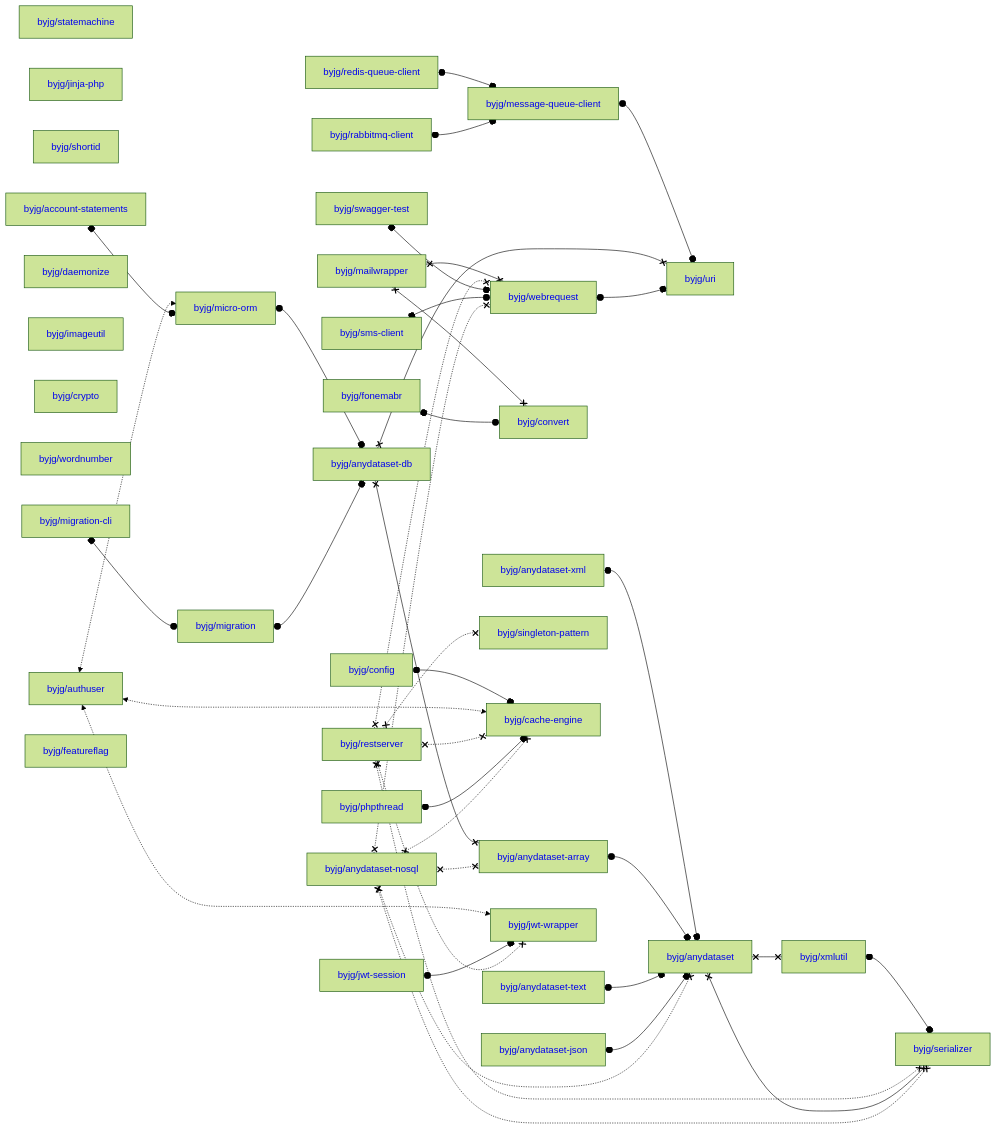
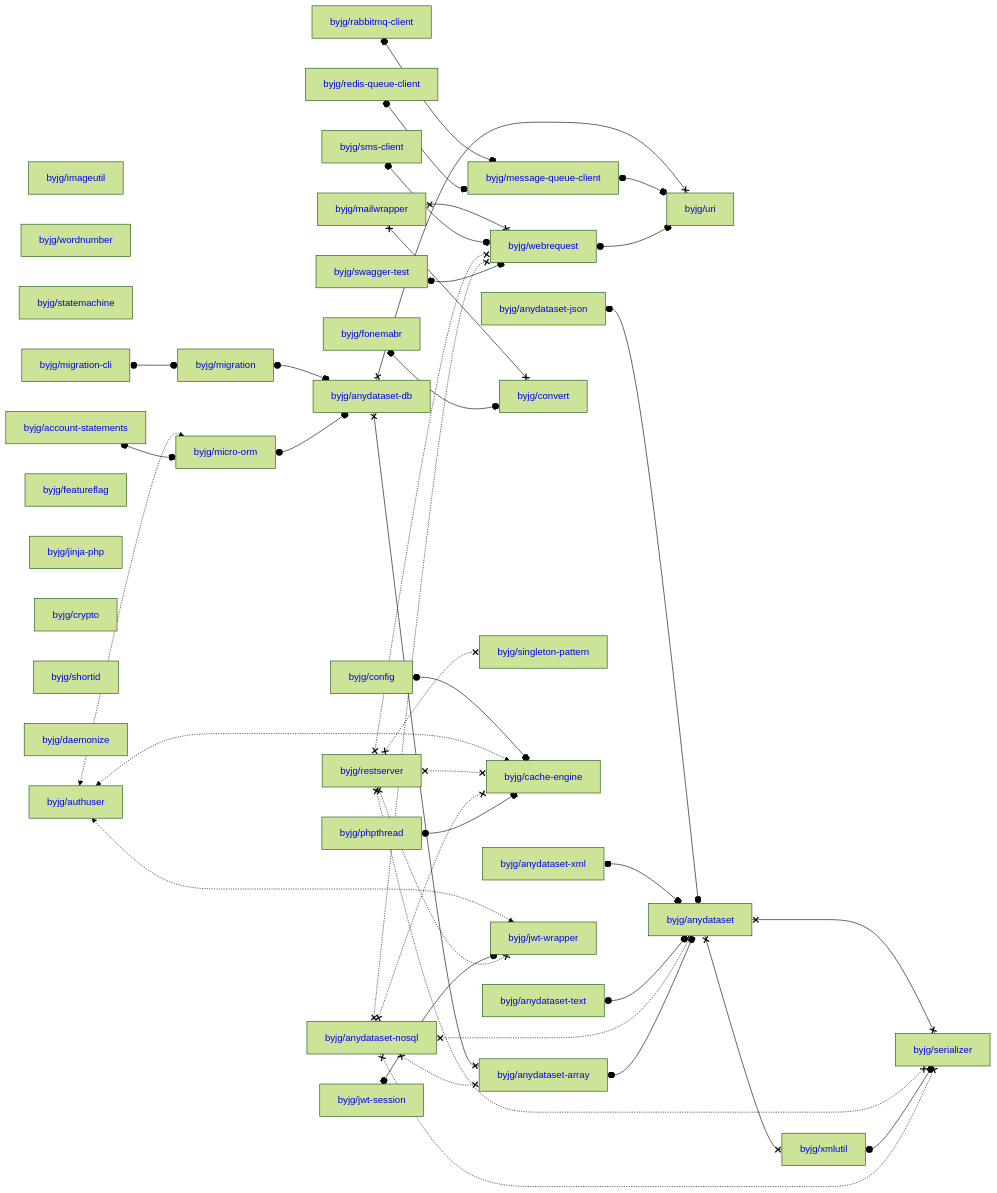
One commit to byjg/byjg.github.io changed the diagram in docs/php/README.md. Above: the diagram before and after it, drawn with Mermaid (forest theme). The commit also changed other lines of this file, not shown here.

Commit message:
Update documentation 'php' 'php-migration'

````diff
--- a/docs/php/README.md
+++ b/docs/php/README.md
@@ -3,80 +3,80 @@
 ```mermaid
 graph LR;
+  byjg/redis-queue-client[<a href='https://opensource.byjg.com/docs/php/redis-queue-client' style='text-decoration:none'>byjg/redis-queue-client</a>];
+  byjg/anydataset-text[<a href='https://opensource.byjg.com/docs/php/anydataset-text' style='text-decoration:none'>byjg/anydataset-text</a>];
+  byjg/imageutil[<a href='https://opensource.byjg.com/docs/php/imageutil' style='text-decoration:none'>byjg/imageutil</a>];
+  byjg/wordnumber[<a href='https://opensource.byjg.com/docs/php/wordnumber' style='text-decoration:none'>byjg/wordnumber</a>];
+  byjg/phpthread[<a href='https://opensource.byjg.com/docs/php/phpthread' style='text-decoration:none'>byjg/phpthread</a>];
+  byjg/anydataset-xml[<a href='https://opensource.byjg.com/docs/php/anydataset-xml' style='text-decoration:none'>byjg/anydataset-xml</a>];
+  byjg/rabbitmq-client[<a href='https://opensource.byjg.com/docs/php/rabbitmq-client' style='text-decoration:none'>byjg/rabbitmq-client</a>];
   byjg/statemachine[<a href='https://opensource.byjg.com/docs/php/statemachine' style='text-decoration:none'>byjg/statemachine</a>];
+  byjg/account-statements[<a href='https://opensource.byjg.com/docs/php/account-statements' style='text-decoration:none'>byjg/account-statements</a>];
+  byjg/fonemabr[<a href='https://opensource.byjg.com/docs/php/fonemabr' style='text-decoration:none'>byjg/fonemabr</a>];
+  byjg/authuser[<a href='https://opensource.byjg.com/docs/php/authuser' style='text-decoration:none'>byjg/authuser</a>];
+  byjg/featureflag[<a href='https://opensource.byjg.com/docs/php/featureflag' style='text-decoration:none'>byjg/featureflag</a>];
+  byjg/anydataset-json[<a href='https://opensource.byjg.com/docs/php/anydataset-json' style='text-decoration:none'>byjg/anydataset-json</a>];
+  byjg/swagger-test[<a href='https://opensource.byjg.com/docs/php/swagger-test' style='text-decoration:none'>byjg/swagger-test</a>];
   byjg/jinja-php[<a href='https://opensource.byjg.com/docs/php/jinja-php' style='text-decoration:none'>byjg/jinja-php</a>];
-  byjg/fonemabr[<a href='https://opensource.byjg.com/docs/php/fonemabr' style='text-decoration:none'>byjg/fonemabr</a>];
+  byjg/sms-client[<a href='https://opensource.byjg.com/docs/php/sms-client' style='text-decoration:none'>byjg/sms-client</a>];
+  byjg/crypto[<a href='https://opensource.byjg.com/docs/php/crypto' style='text-decoration:none'>byjg/crypto</a>];
   byjg/shortid[<a href='https://opensource.byjg.com/docs/php/shortid' style='text-decoration:none'>byjg/shortid</a>];
-  byjg/authuser[<a href='https://opensource.byjg.com/docs/php/authuser' style='text-decoration:none'>byjg/authuser</a>];
-  byjg/rabbitmq-client[<a href='https://opensource.byjg.com/docs/php/rabbitmq-client' style='text-decoration:none'>byjg/rabbitmq-client</a>];
-  byjg/anydataset-json[<a href='https://opensource.byjg.com/docs/php/anydataset-json' style='text-decoration:none'>byjg/anydataset-json</a>];
-  byjg/anydataset-xml[<a href='https://opensource.byjg.com/docs/php/anydataset-xml' style='text-decoration:none'>byjg/anydataset-xml</a>];
-  byjg/swagger-test[<a href='https://opensource.byjg.com/docs/php/swagger-test' style='text-decoration:none'>byjg/swagger-test</a>];
   byjg/anydataset-nosql[<a href='https://opensource.byjg.com/docs/php/anydataset-nosql' style='text-decoration:none'>byjg/anydataset-nosql</a>];
   byjg/daemonize[<a href='https://opensource.byjg.com/docs/php/daemonize' style='text-decoration:none'>byjg/daemonize</a>];
-  byjg/sms-client[<a href='https://opensource.byjg.com/docs/php/sms-client' style='text-decoration:none'>byjg/sms-client</a>];
-  byjg/anydataset-text[<a href='https://opensource.byjg.com/docs/php/anydataset-text' style='text-decoration:none'>byjg/anydataset-text</a>];
-  byjg/imageutil[<a href='https://opensource.byjg.com/docs/php/imageutil' style='text-decoration:none'>byjg/imageutil</a>];
-  byjg/phpthread[<a href='https://opensource.byjg.com/docs/php/phpthread' style='text-decoration:none'>byjg/phpthread</a>];
+  byjg/config[<a href='https://opensource.byjg.com/docs/php/config' style='text-decoration:none'>byjg/config</a>];
   byjg/mailwrapper[<a href='https://opensource.byjg.com/docs/php/mailwrapper' style='text-decoration:none'>byjg/mailwrapper</a>];
-  byjg/config[<a href='https://opensource.byjg.com/docs/php/config' style='text-decoration:none'>byjg/config</a>];
-  byjg/crypto[<a href='https://opensource.byjg.com/docs/php/crypto' style='text-decoration:none'>byjg/crypto</a>];
-  byjg/wordnumber[<a href='https://opensource.byjg.com/docs/php/wordnumber' style='text-decoration:none'>byjg/wordnumber</a>];
   byjg/jwt-session[<a href='https://opensource.byjg.com/docs/php/jwt-session' style='text-decoration:none'>byjg/jwt-session</a>];
-  byjg/account-statements[<a href='https://opensource.byjg.com/docs/php/account-statements' style='text-decoration:none'>byjg/account-statements</a>];
   byjg/migration-cli[<a href='https://opensource.byjg.com/docs/php/migration-cli' style='text-decoration:none'>byjg/migration-cli</a>];
-  byjg/redis-queue-client[<a href='https://opensource.byjg.com/docs/php/redis-queue-client' style='text-decoration:none'>byjg/redis-queue-client</a>];
-  byjg/featureflag[<a href='https://opensource.byjg.com/docs/php/featureflag' style='text-decoration:none'>byjg/featureflag</a>];
   byjg/restserver[<a href='https://opensource.byjg.com/docs/php/restserver' style='text-decoration:none'>byjg/restserver</a>];
+  byjg/message-queue-client[<a href='https://opensource.byjg.com/docs/php/message-queue-client' style='text-decoration:none'>byjg/message-queue-client</a>];
+  byjg/micro-orm[<a href='https://opensource.byjg.com/docs/php/micro-orm' style='text-decoration:none'>byjg/micro-orm</a>];
   byjg/convert[<a href='https://opensource.byjg.com/docs/php/convert' style='text-decoration:none'>byjg/convert</a>];
-  byjg/micro-orm[<a href='https://opensource.byjg.com/docs/php/micro-orm' style='text-decoration:none'>byjg/micro-orm</a>];
   byjg/migration[<a href='https://opensource.byjg.com/docs/php/migration' style='text-decoration:none'>byjg/migration</a>];
-  byjg/message-queue-client[<a href='https://opensource.byjg.com/docs/php/message-queue-client' style='text-decoration:none'>byjg/message-queue-client</a>];
   byjg/singleton-pattern[<a href='https://opensource.byjg.com/docs/php/singleton-pattern' style='text-decoration:none'>byjg/singleton-pattern</a>];
   byjg/cache-engine[<a href='https://opensource.byjg.com/docs/php/cache-engine' style='text-decoration:none'>byjg/cache-engine</a>];
   byjg/webrequest[<a href='https://opensource.byjg.com/docs/php/webrequest' style='text-decoration:none'>byjg/webrequest</a>];
   byjg/jwt-wrapper[<a href='https://opensource.byjg.com/docs/php/jwt-wrapper' style='text-decoration:none'>byjg/jwt-wrapper</a>];
   byjg/anydataset-db[<a href='https://opensource.byjg.com/docs/php/anydataset-db' style='text-decoration:none'>byjg/anydataset-db</a>];
   byjg/anydataset-array[<a href='https://opensource.byjg.com/docs/php/anydataset-array' style='text-decoration:none'>byjg/anydataset-array</a>];
   byjg/uri[<a href='https://opensource.byjg.com/docs/php/uri' style='text-decoration:none'>byjg/uri</a>];
   byjg/anydataset[<a href='https://opensource.byjg.com/docs/php/anydataset' style='text-decoration:none'>byjg/anydataset</a>];
   byjg/xmlutil[<a href='https://opensource.byjg.com/docs/php/xmlutil' style='text-decoration:none'>byjg/xmlutil</a>];
   byjg/serializer[<a href='https://opensource.byjg.com/docs/php/serializer' style='text-decoration:none'>byjg/serializer</a>];
-  byjg/anydataset-xml o--o byjg/anydataset;
   byjg/config o--o byjg/cache-engine;
+  byjg/migration o--o byjg/anydataset-db;
+  byjg/rabbitmq-client o--o byjg/message-queue-client;
+  byjg/redis-queue-client o--o byjg/message-queue-client;
   byjg/authuser <-.-> byjg/micro-orm;
   byjg/authuser <-.-> byjg/cache-engine;
   byjg/authuser <-.-> byjg/jwt-wrapper;
-  byjg/jwt-session o--o byjg/jwt-wrapper;
-  byjg/redis-queue-client o--o byjg/message-queue-client;
-  byjg/xmlutil o--o byjg/serializer;
-  byjg/anydataset-array o--o byjg/anydataset;
-  byjg/anydataset-text o--o byjg/anydataset;
+  byjg/anydataset-db x--x byjg/anydataset-array;
+  byjg/anydataset-db x--x byjg/uri;
   byjg/mailwrapper x--x byjg/convert;
   byjg/mailwrapper x--x byjg/webrequest;
+  byjg/anydataset-json o--o byjg/anydataset;
+  byjg/anydataset-xml o--o byjg/anydataset;
+  byjg/jwt-session o--o byjg/jwt-wrapper;
+  byjg/account-statements o--o byjg/micro-orm;
+  byjg/message-queue-client o--o byjg/uri;
+  byjg/migration-cli o--o byjg/migration;
+  byjg/micro-orm o--o byjg/anydataset-db;
+  byjg/anydataset-text o--o byjg/anydataset;
+  byjg/sms-client o--o byjg/webrequest;
+  byjg/anydataset x--x byjg/serializer;
+  byjg/anydataset x--x byjg/xmlutil;
+  byjg/webrequest o--o byjg/uri;
   byjg/restserver x-.-x byjg/serializer;
   byjg/restserver x-.-x byjg/singleton-pattern;
   byjg/restserver x-.-x byjg/cache-engine;
   byjg/restserver x-.-x byjg/webrequest;
   byjg/restserver x-.-x byjg/jwt-wrapper;
-  byjg/anydataset x--x byjg/serializer;
-  byjg/anydataset x--x byjg/xmlutil;
-  byjg/micro-orm o--o byjg/anydataset-db;
-  byjg/phpthread o--o byjg/cache-engine;
-  byjg/anydataset-json o--o byjg/anydataset;
-  byjg/swagger-test o--o byjg/webrequest;
-  byjg/fonemabr o--o byjg/convert;
-  byjg/account-statements o--o byjg/micro-orm;
-  byjg/sms-client o--o byjg/webrequest;
-  byjg/migration-cli o--o byjg/migration;
-  byjg/message-queue-client o--o byjg/uri;
-  byjg/anydataset-db x--x byjg/anydataset-array;
-  byjg/anydataset-db x--x byjg/uri;
-  byjg/webrequest o--o byjg/uri;
-  byjg/migration o--o byjg/anydataset-db;
-  byjg/rabbitmq-client o--o byjg/message-queue-client;
+  byjg/xmlutil o--o byjg/serializer;
   byjg/anydataset-nosql x-.-x byjg/anydataset;
   byjg/anydataset-nosql x-.-x byjg/anydataset-array;
   byjg/anydataset-nosql x-.-x byjg/serializer;
   byjg/anydataset-nosql x-.-x byjg/webrequest;
   byjg/anydataset-nosql x-.-x byjg/cache-engine;
+  byjg/anydataset-array o--o byjg/anydataset;
+  byjg/swagger-test o--o byjg/webrequest;
+  byjg/phpthread o--o byjg/cache-engine;
+  byjg/fonemabr o--o byjg/convert;
 ```
````
